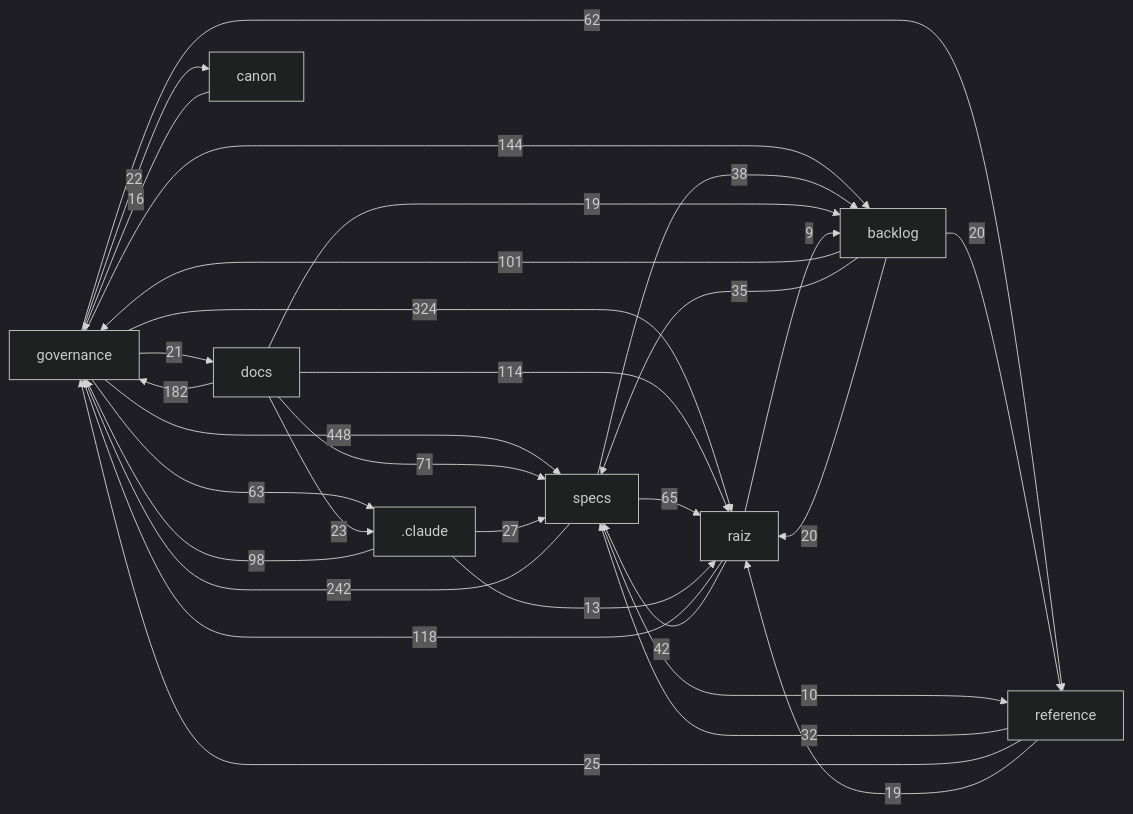
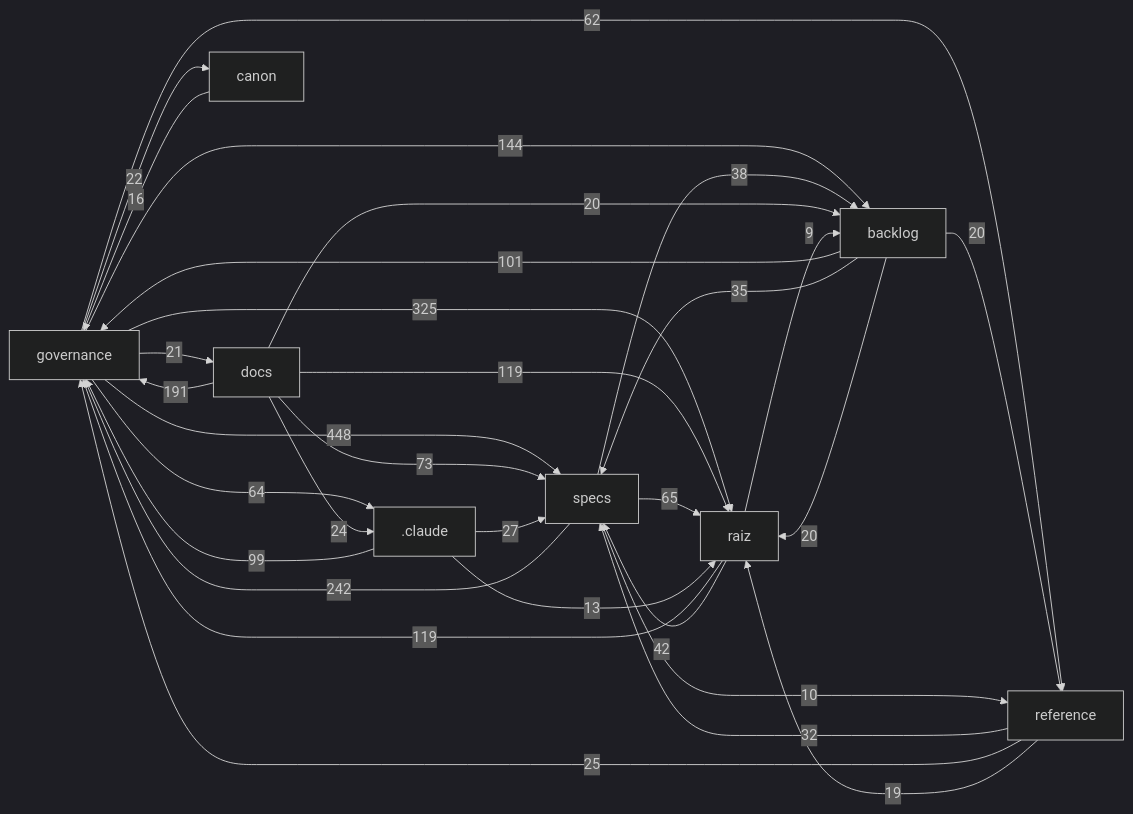
One commit to Andraus35/Sistema-Operacional-de-Trading--SOT changed the diagram in docs/mapa/MAPA-PROJETO.md. Above: the diagram before and after it, drawn with Mermaid (dark theme). The commit also changed other lines of this file and 5 other files, not shown here.

````diff
--- a/docs/mapa/MAPA-PROJETO.md
+++ b/docs/mapa/MAPA-PROJETO.md
@@ -29,33 +29,33 @@
 ```mermaid
 flowchart LR
   governance["governance"] -->|448| specs["specs"]
-  governance["governance"] -->|324| raiz["raiz"]
+  governance["governance"] -->|325| raiz["raiz"]
   specs["specs"] -->|242| governance["governance"]
-  docs["docs"] -->|182| governance["governance"]
+  docs["docs"] -->|191| governance["governance"]
   governance["governance"] -->|144| backlog["backlog"]
-  raiz["raiz"] -->|118| governance["governance"]
-  docs["docs"] -->|114| raiz["raiz"]
+  raiz["raiz"] -->|119| governance["governance"]
+  docs["docs"] -->|119| raiz["raiz"]
   backlog["backlog"] -->|101| governance["governance"]
-  _claude[".claude"] -->|98| governance["governance"]
-  docs["docs"] -->|71| specs["specs"]
+  _claude[".claude"] -->|99| governance["governance"]
+  docs["docs"] -->|73| specs["specs"]
   specs["specs"] -->|65| raiz["raiz"]
-  governance["governance"] -->|63| _claude[".claude"]
+  governance["governance"] -->|64| _claude[".claude"]
   governance["governance"] -->|62| reference["reference"]
   raiz["raiz"] -->|42| specs["specs"]
   specs["specs"] -->|38| backlog["backlog"]
   backlog["backlog"] -->|35| specs["specs"]
   reference["reference"] -->|32| specs["specs"]
   _claude[".claude"] -->|27| specs["specs"]
   reference["reference"] -->|25| governance["governance"]
-  docs["docs"] -->|23| _claude[".claude"]
+  docs["docs"] -->|24| _claude[".claude"]
   governance["governance"] -->|22| canon["canon"]
   governance["governance"] -->|21| docs["docs"]
   backlog["backlog"] -->|20| raiz["raiz"]
   backlog["backlog"] -->|20| reference["reference"]
-  docs["docs"] -->|19| backlog["backlog"]
+  docs["docs"] -->|20| backlog["backlog"]
   reference["reference"] -->|19| raiz["raiz"]
   canon["canon"] -->|16| governance["governance"]
   _claude[".claude"] -->|13| raiz["raiz"]
   specs["specs"] -->|10| reference["reference"]
   raiz["raiz"] -->|9| backlog["backlog"]
 ```
````
